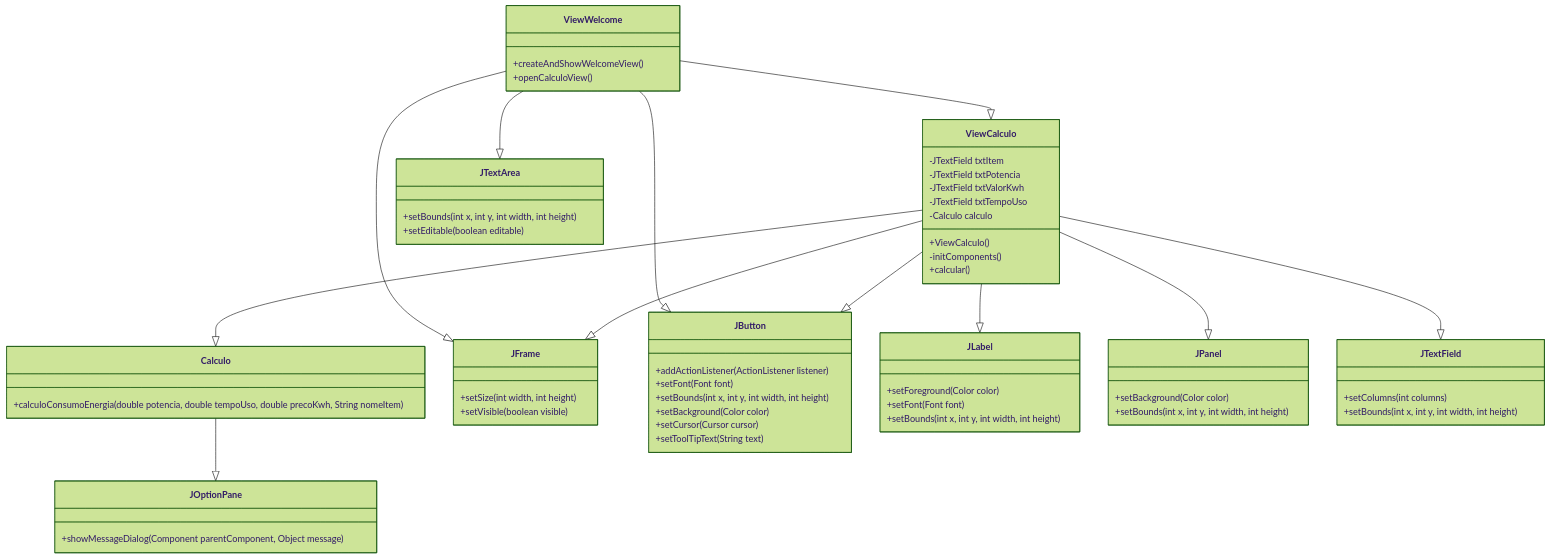
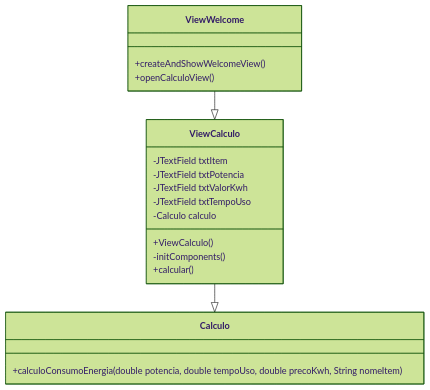
Before and after one commit to BeatryzEmerich/Calculadora-Consumo-Energia: the diagram in README.md, drawn with Mermaid (forest theme).

````diff
--- a/README.md
+++ b/README.md
@@ -48,63 +48,22 @@
 ``` mermaid
 classDiagram
     class ViewWelcome {
         +createAndShowWelcomeView()
         +openCalculoView()
     }
     class ViewCalculo {
         -JTextField txtItem
         -JTextField txtPotencia
         -JTextField txtValorKwh
         -JTextField txtTempoUso
         -Calculo calculo
         +ViewCalculo()
         -initComponents()
         +calcular()
     }
     class Calculo {
         +calculoConsumoEnergia(double potencia, double tempoUso, double precoKwh, String nomeItem)
     }
-    class JFrame {
-        +setSize(int width, int height)
-        +setVisible(boolean visible)
-    }
-    class JButton {
-        +addActionListener(ActionListener listener)
-        +setFont(Font font)
-        +setBounds(int x, int y, int width, int height)
-        +setBackground(Color color)
-        +setCursor(Cursor cursor)
-        +setToolTipText(String text)
-    }
-    class JLabel {
-        +setForeground(Color color)
-        +setFont(Font font)
-        +setBounds(int x, int y, int width, int height)
-    }
-    class JPanel {
-        +setBackground(Color color)
-        +setBounds(int x, int y, int width, int height)
-    }
-    class JTextField {
-        +setColumns(int columns)
-        +setBounds(int x, int y, int width, int height)
-    }
-    class JTextArea {
-        +setBounds(int x, int y, int width, int height)
-        +setEditable(boolean editable)
-    }
-    class JOptionPane {
-        +showMessageDialog(Component parentComponent, Object message)
-    }
-    ViewWelcome --|> JFrame
-    ViewWelcome --|> JButton
-    ViewWelcome --|> JTextArea
-    ViewCalculo --|> JFrame
-    ViewCalculo --|> JPanel
-    ViewCalculo --|> JTextField
-    ViewCalculo --|> JButton
-    ViewCalculo --|> JLabel
-    Calculo --|> JOptionPane
     ViewCalculo --|> Calculo
     ViewWelcome --|> ViewCalculo
 ```
````
